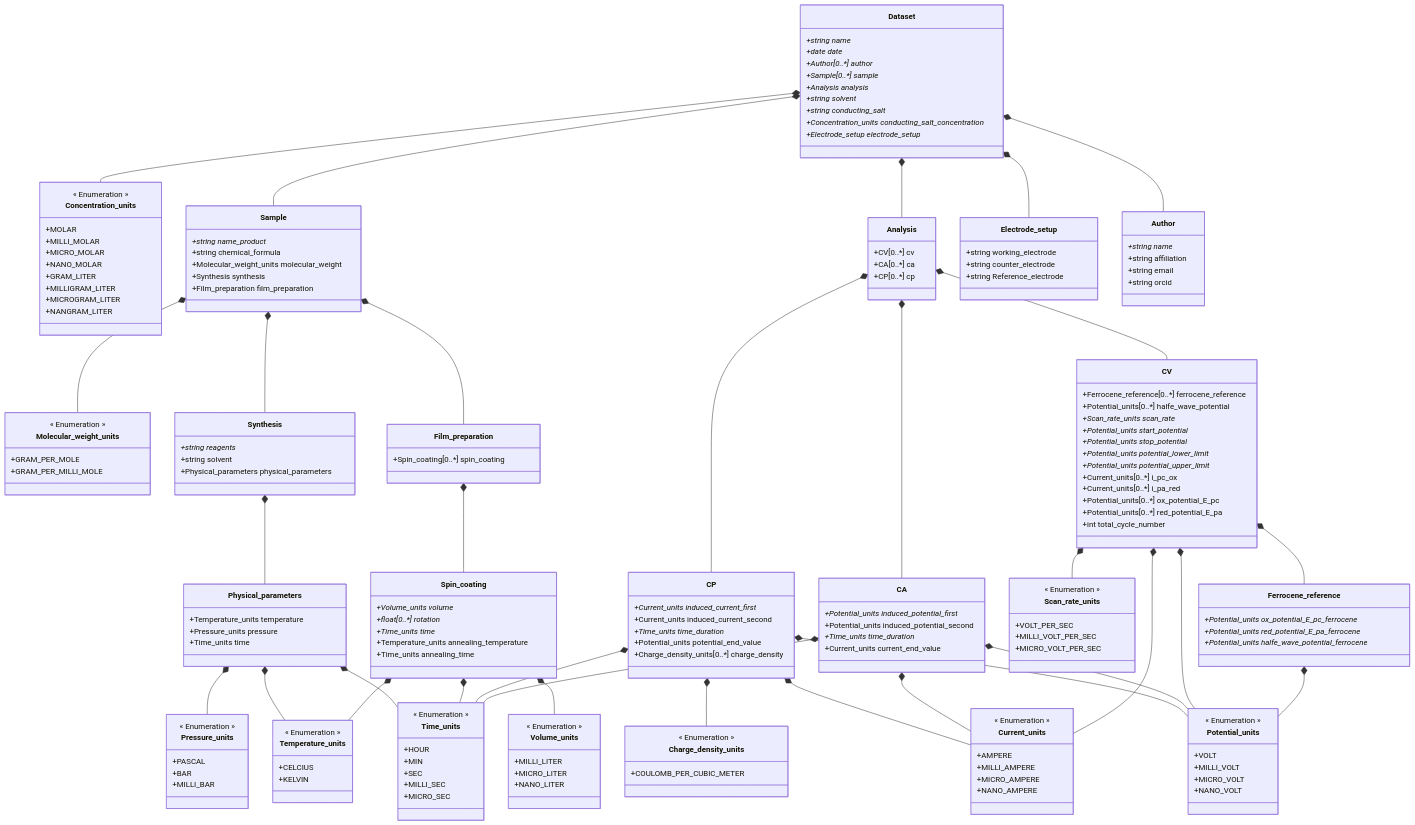
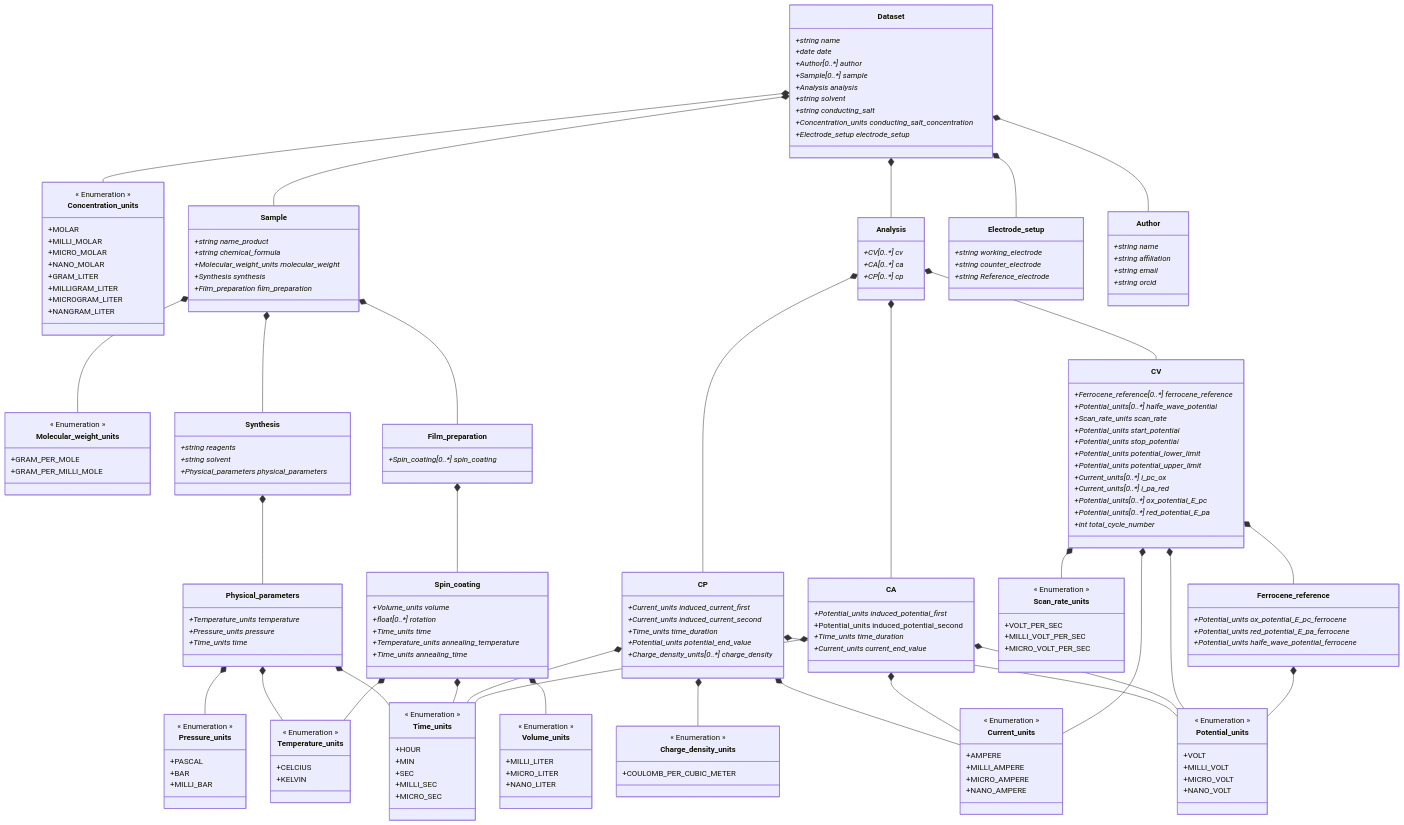
Before and after one commit to FAIRChemistry/datamodel-electrochemistry: the diagram in ElectrochemistryDataModel/schemes/electrochemistrydatamodel_schema.md, drawn with Mermaid. The commit also changed 14 other files, not shown here.

```diff
--- a/ElectrochemistryDataModel/schemes/electrochemistrydatamodel_schema.md
+++ b/ElectrochemistryDataModel/schemes/electrochemistrydatamodel_schema.md
@@ -46,70 +46,70 @@
     
     class Sample {
         +string name_product*
-        +string chemical_formula
-        +Molecular_weight_units molecular_weight
-        +Synthesis synthesis
-        +Film_preparation film_preparation
+        +string chemical_formula*
+        +Molecular_weight_units molecular_weight*
+        +Synthesis synthesis*
+        +Film_preparation film_preparation*
     }
     
     class Synthesis {
         +string reagents*
-        +string solvent
-        +Physical_parameters physical_parameters
+        +string solvent*
+        +Physical_parameters physical_parameters*
     }
     
     class Physical_parameters {
-        +Temperature_units temperature
-        +Pressure_units pressure
-        +Time_units time
+        +Temperature_units temperature*
+        +Pressure_units pressure*
+        +Time_units time*
     }
     
     class Film_preparation {
-        +Spin_coating[0..*] spin_coating
+        +Spin_coating[0..*] spin_coating*
     }
     
     class Spin_coating {
         +Volume_units volume*
         +float[0..*] rotation*
         +Time_units time*
-        +Temperature_units annealing_temperature
-        +Time_units annealing_time
+        +Temperature_units annealing_temperature*
+        +Time_units annealing_time*
     }
     
     class Analysis {
-        +CV[0..*] cv
-        +CA[0..*] ca
-        +CP[0..*] cp
+        +CV[0..*] cv*
+        +CA[0..*] ca*
+        +CP[0..*] cp*
     }
     
     class CP {
         +Current_units induced_current_first*
-        +Current_units induced_current_second
+        +Current_units induced_current_second*
         +Time_units time_duration*
-        +Potential_units potential_end_value
-        +Charge_density_units[0..*] charge_density
+        +Potential_units potential_end_value*
+        +Charge_density_units[0..*] charge_density*
     }
     
     class CA {
         +Potential_units induced_potential_first*
         +Potential_units induced_potential_second
         +Time_units time_duration*
-        +Current_units current_end_value
+        +Current_units current_end_value*
     }
     
     class CV {
-        +Ferrocene_reference[0..*] ferrocene_reference
-        +Potential_units[0..*] halfe_wave_potential
+        +Ferrocene_reference[0..*] ferrocene_reference*
+        +Potential_units[0..*] halfe_wave_potential*
         +Scan_rate_units scan_rate*
         +Potential_units start_potential*
         +Potential_units stop_potential*
         +Potential_units potential_lower_limit*
         +Potential_units potential_upper_limit*
-        +Current_units[0..*] i_pc_ox
-        +Current_units[0..*] i_pa_red
-        +Potential_units[0..*] ox_potential_E_pc
-        +Potential_units[0..*] red_potential_E_pa
-        +int total_cycle_number
+        +Current_units[0..*] i_pc_ox*
+        +Current_units[0..*] i_pa_red*
+        +Potential_units[0..*] ox_potential_E_pc*
+        +Potential_units[0..*] red_potential_E_pa*
+        +int total_cycle_number*
     }
     
     class Ferrocene_reference {
@@ -119,16 +119,16 @@
     }
     
     class Electrode_setup {
-        +string working_electrode
-        +string counter_electrode
-        +string Reference_electrode
+        +string working_electrode*
+        +string counter_electrode*
+        +string Reference_electrode*
     }
     
     class Author {
         +string name*
-        +string affiliation
-        +string email
-        +string orcid
+        +string affiliation*
+        +string email*
+        +string orcid*
     }
     
     class Charge_density_units {
```
